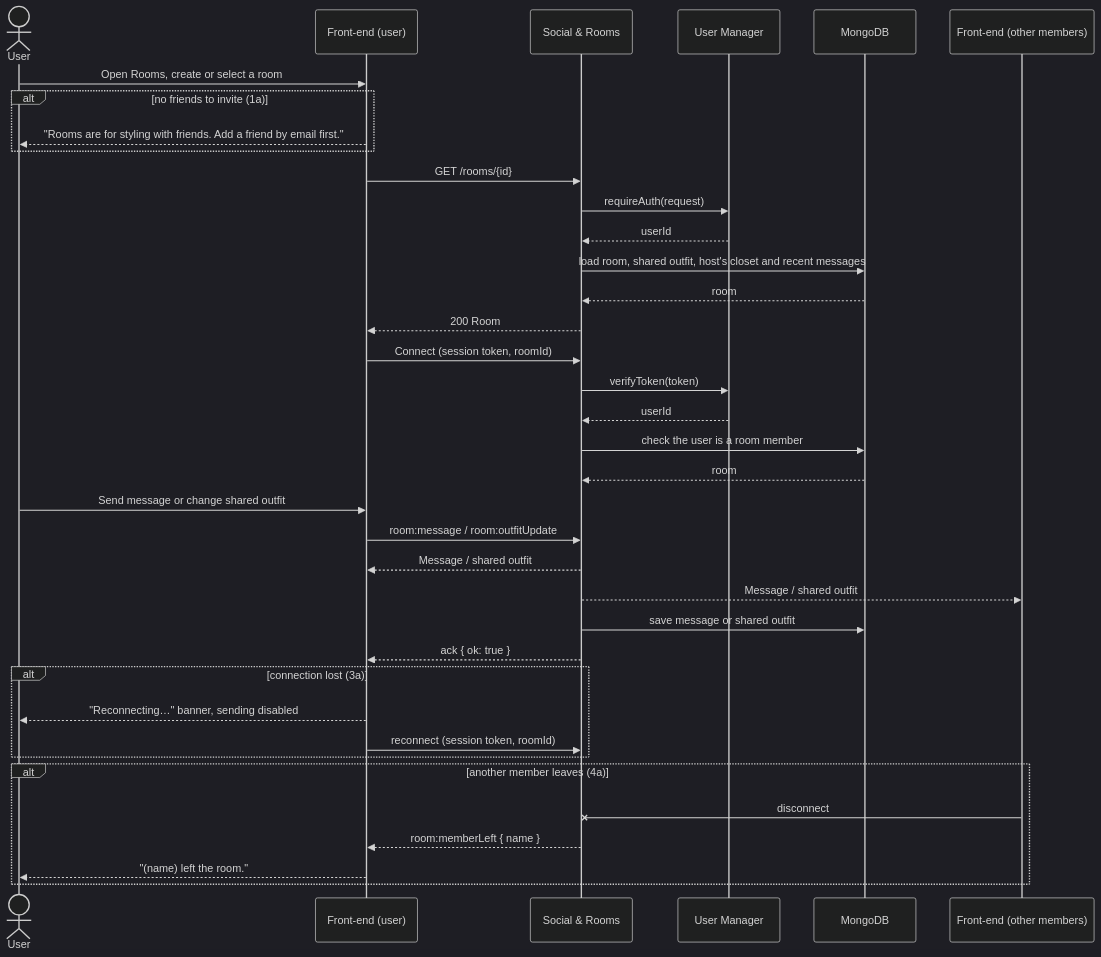
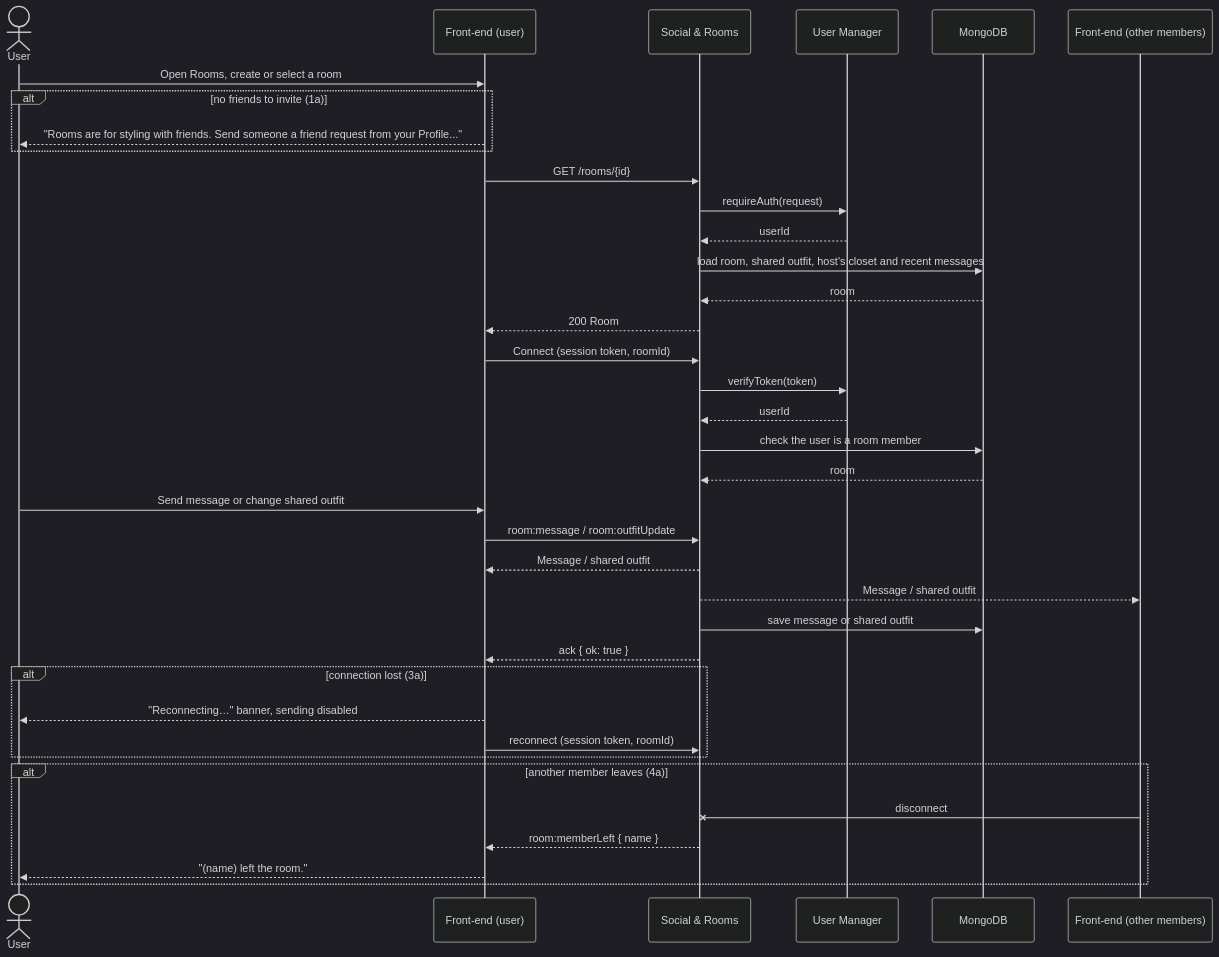
Before and after one commit to evannawfal/fabricate: the third of 5 diagrams in documentation/Requirements_and_Design.md, drawn with Mermaid (dark theme). The commit also changed other lines of this file and 6 other files, not shown here.

````diff
--- a/documentation/Requirements_and_Design.md
+++ b/documentation/Requirements_and_Design.md
@@ -488,40 +489,40 @@
 ```mermaid
 sequenceDiagram
     actor U as User
     participant FE as Front-end (user)
     participant SO as Social & Rooms
     participant US as User Manager
     participant DB as MongoDB
     participant FE2 as Front-end (other members)
 
     U->>FE: Open Rooms, create or select a room
     alt no friends to invite (1a)
-        FE-->>U: "Rooms are for styling with friends. Add a friend by email first."
+        FE-->>U: "Rooms are for styling with friends. Send someone a friend request from your Profile..."
     end
     FE->>SO: GET /rooms/{id}
     SO->>US: requireAuth(request)
     US-->>SO: userId
     SO->>DB: load room, shared outfit, host's closet and recent messages
     DB-->>SO: room
     SO-->>FE: 200 Room
     FE->>SO: Connect (session token, roomId)
     SO->>US: verifyToken(token)
     US-->>SO: userId
     SO->>DB: check the user is a room member
     DB-->>SO: room
     U->>FE: Send message or change shared outfit
     FE->>SO: room:message / room:outfitUpdate
     SO-->>FE: Message / shared outfit
     SO-->>FE2: Message / shared outfit
     SO->>DB: save message or shared outfit
     SO-->>FE: ack { ok: true }
     alt connection lost (3a)
         FE-->>U: "Reconnecting…" banner, sending disabled
         FE->>SO: reconnect (session token, roomId)
     end
     alt another member leaves (4a)
         FE2-xSO: disconnect
         SO-->>FE: room:memberLeft { name }
         FE-->>U: "(name) left the room."
     end
 ```
````
